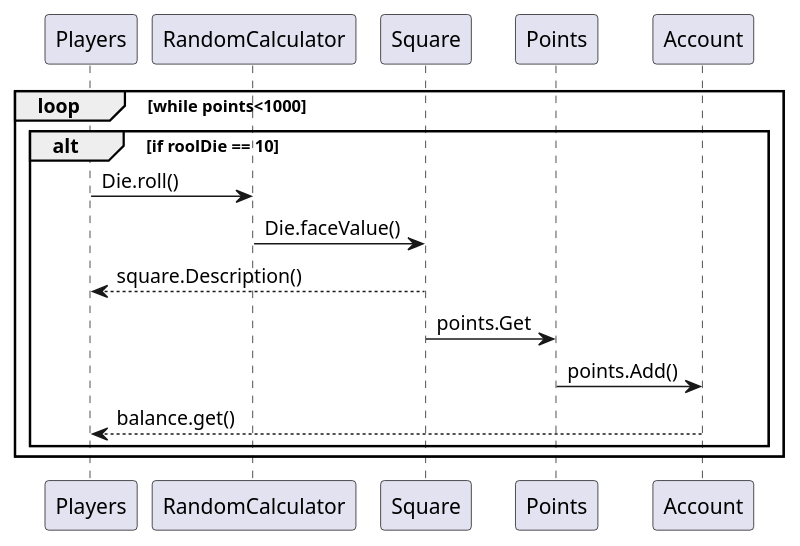
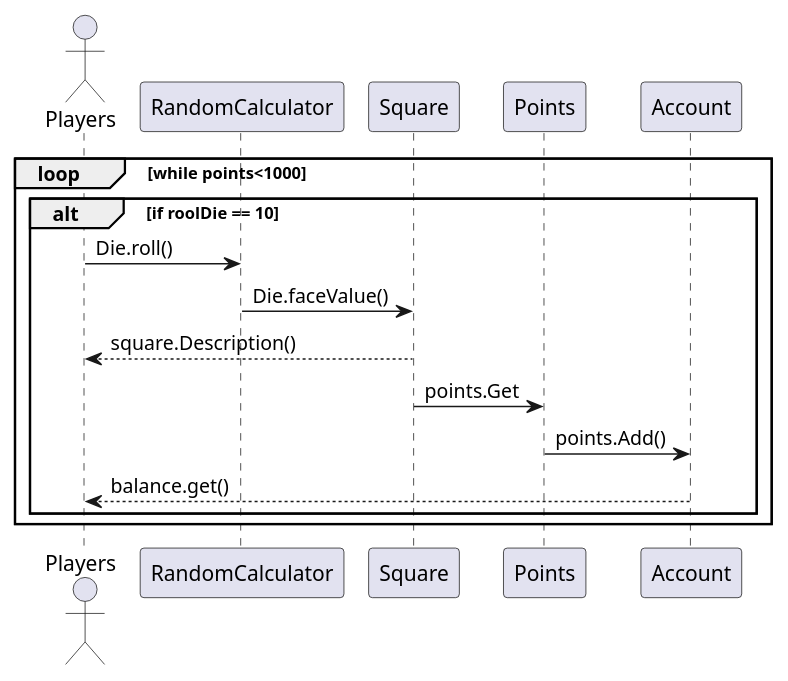
The diagram in src/plantUML_Diagrams/System sequence diagram.puml (Jakob-SA/CDIO-2), drawn with PlantUML before and after one commit.

Commit message:
System Sequence Diagram v2

```diff
--- a/src/plantUML_Diagrams/System sequence diagram.puml
+++ b/src/plantUML_Diagrams/System sequence diagram.puml
@@ -1,15 +1,18 @@
 @startuml
 'https://plantuml.com/sequence-diagram
+
+Actor Players as Players
+
 
 loop while points<1000
 alt if roolDie == 10
 Players -> RandomCalculator: Die.roll()
 RandomCalculator -> Square: Die.faceValue()
 Square --> Players: square.Description()
 Square -> Points: points.Get
 Points ->Account: points.Add()
 Account --> Players: balance.get()
 end
 end
 
 @enduml
```
